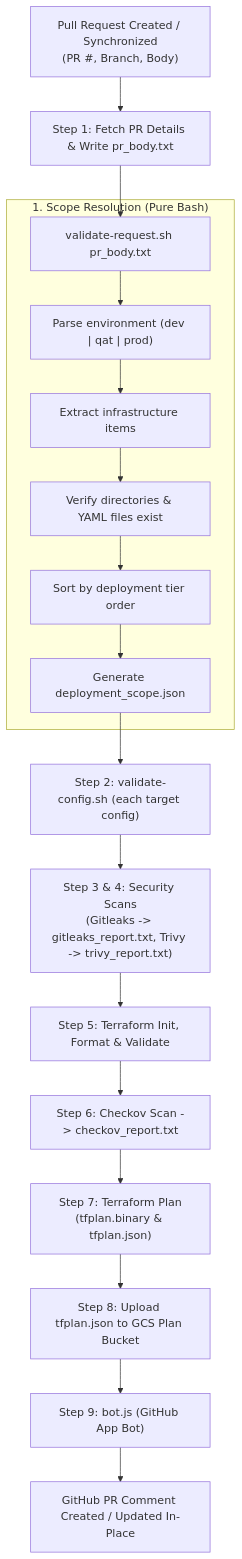
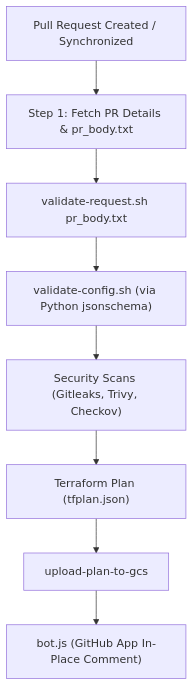
The first of 2 diagrams in cloudbuild-pipelines/scripts/README.md (yuva-cloud-devops/gcp-platform-foundation-terraform), drawn with Mermaid before and after one commit. The commit also changed other lines of this file and 15 other files, not shown here.

````diff
--- a/cloudbuild-pipelines/scripts/README.md
+++ b/cloudbuild-pipelines/scripts/README.md
@@ -54,22 +53,10 @@
 ```mermaid
 flowchart TD
-    PR["Pull Request Created / Synchronized<br/>(PR #, Branch, Body)"] --> S1["Step 1: Fetch PR Details & Write pr_body.txt"]
+    PR["Pull Request Created / Synchronized"] --> S1["Step 1: Fetch PR Details & pr_body.txt"]
     S1 --> S2["validate-request.sh pr_body.txt"]
-    
-    subgraph ScopeValidation ["1. Scope Resolution (Pure Bash)"]
-        S2 --> P1["Parse environment (dev | qat | prod)"]
-        P1 --> P2["Extract infrastructure items"]
-        P2 --> P3["Verify directories & YAML files exist"]
-        P3 --> P4["Sort by deployment tier order"]
-        P4 --> P5["Generate deployment_scope.json"]
-    end
-    
-    P5 --> S3["Step 2: validate-config.sh (each target config)"]
-    S3 --> S4["Step 3 & 4: Security Scans<br/>(Gitleaks -> gitleaks_report.txt, Trivy -> trivy_report.txt)"]
-    S4 --> S5["Step 5: Terraform Init, Format & Validate"]
-    S5 --> S6["Step 6: Checkov Scan -> checkov_report.txt"]
-    S6 --> S7["Step 7: Terraform Plan<br/>(tfplan.binary & tfplan.json)"]
-    S7 --> S8["Step 8: Upload tfplan.json to GCS Plan Bucket"]
-    S8 --> S9["Step 9: bot.js (GitHub App Bot)"]
-    S9 --> S10["GitHub PR Comment Created / Updated In-Place"]
+    S2 --> S3["validate-config.sh (via Python jsonschema)"]
+    S3 --> S4["Security Scans (Gitleaks, Trivy, Checkov)"]
+    S4 --> S5["Terraform Plan (tfplan.json)"]
+    S5 --> S6["upload-plan-to-gcs"]
+    S6 --> S7["bot.js (GitHub App In-Place Comment)"]
 ```
````
